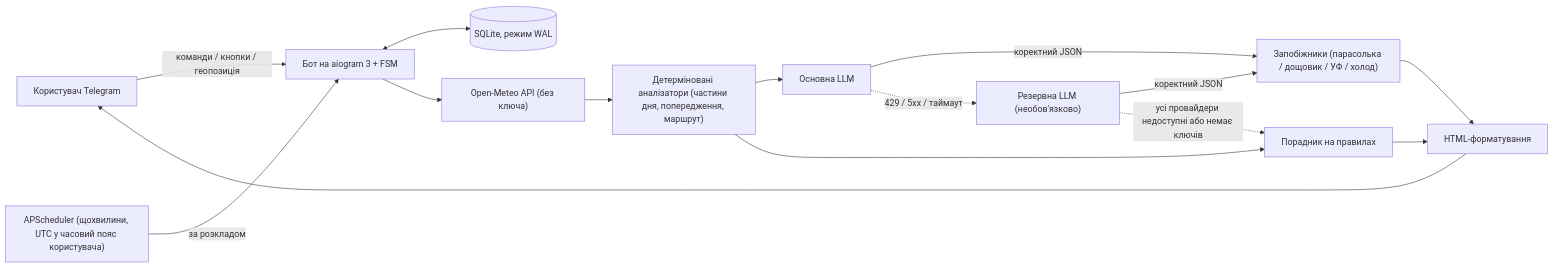
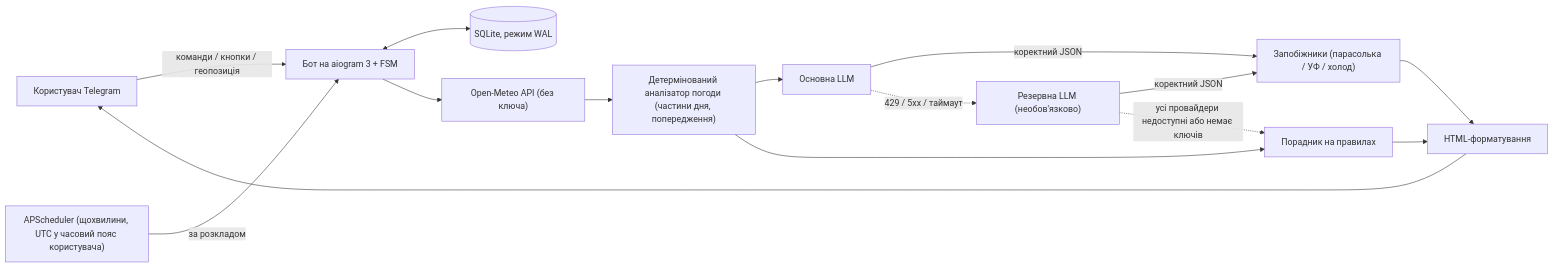
One commit to paramees/PWA_Personal_Weather_Assistant changed the diagram in README.uk.md. Above: the diagram before and after it, drawn with Mermaid. The commit also changed other lines of this file and 20 other files, not shown here.

````diff
--- a/README.uk.md
+++ b/README.uk.md
@@ -26,17 +24,17 @@
 ```mermaid
 flowchart LR
     TG["Користувач Telegram"] -->|команди / кнопки / геопозиція| BOT["Бот на aiogram 3 + FSM"]
     SCHED["APScheduler (щохвилини, UTC у часовий пояс користувача)"] -->|за розкладом| BOT
     BOT <--> DB[("SQLite, режим WAL")]
     BOT --> METEO["Open-Meteo API (без ключа)"]
-    METEO --> ANALYZER["Детерміновані аналізатори (частини дня, попередження, маршрут)"]
+    METEO --> ANALYZER["Детермінований аналізатор погоди (частини дня, попередження)"]
     ANALYZER --> AI1["Основна LLM"]
-    AI1 -->|коректний JSON| GUARD["Запобіжники (парасолька / дощовик / УФ / холод)"]
+    AI1 -->|коректний JSON| GUARD["Запобіжники (парасолька / УФ / холод)"]
     AI1 -.->|429 / 5xx / таймаут| AI2["Резервна LLM (необов'язково)"]
     AI2 -->|коректний JSON| GUARD
     AI2 -.->|усі провайдери недоступні або немає ключів| RULES["Порадник на правилах"]
     ANALYZER --> RULES
     RULES --> FMT["HTML-форматування"]
     GUARD --> FMT
     FMT --> TG
 ```
````
